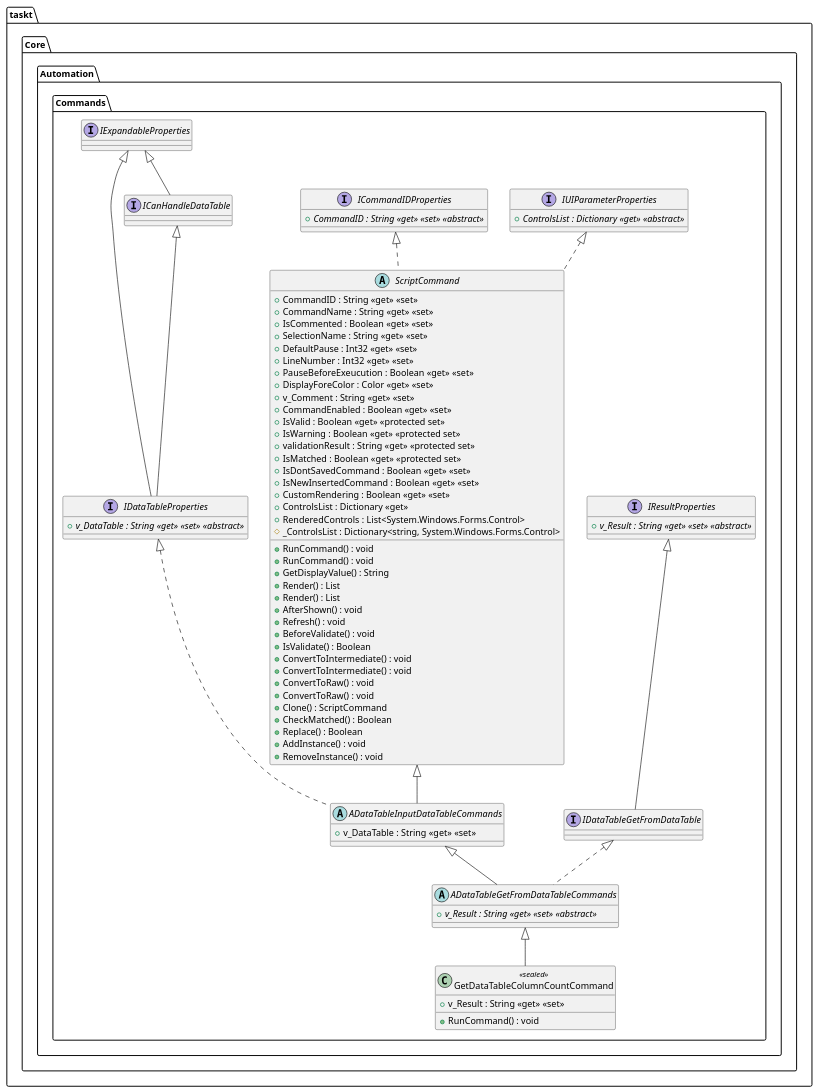
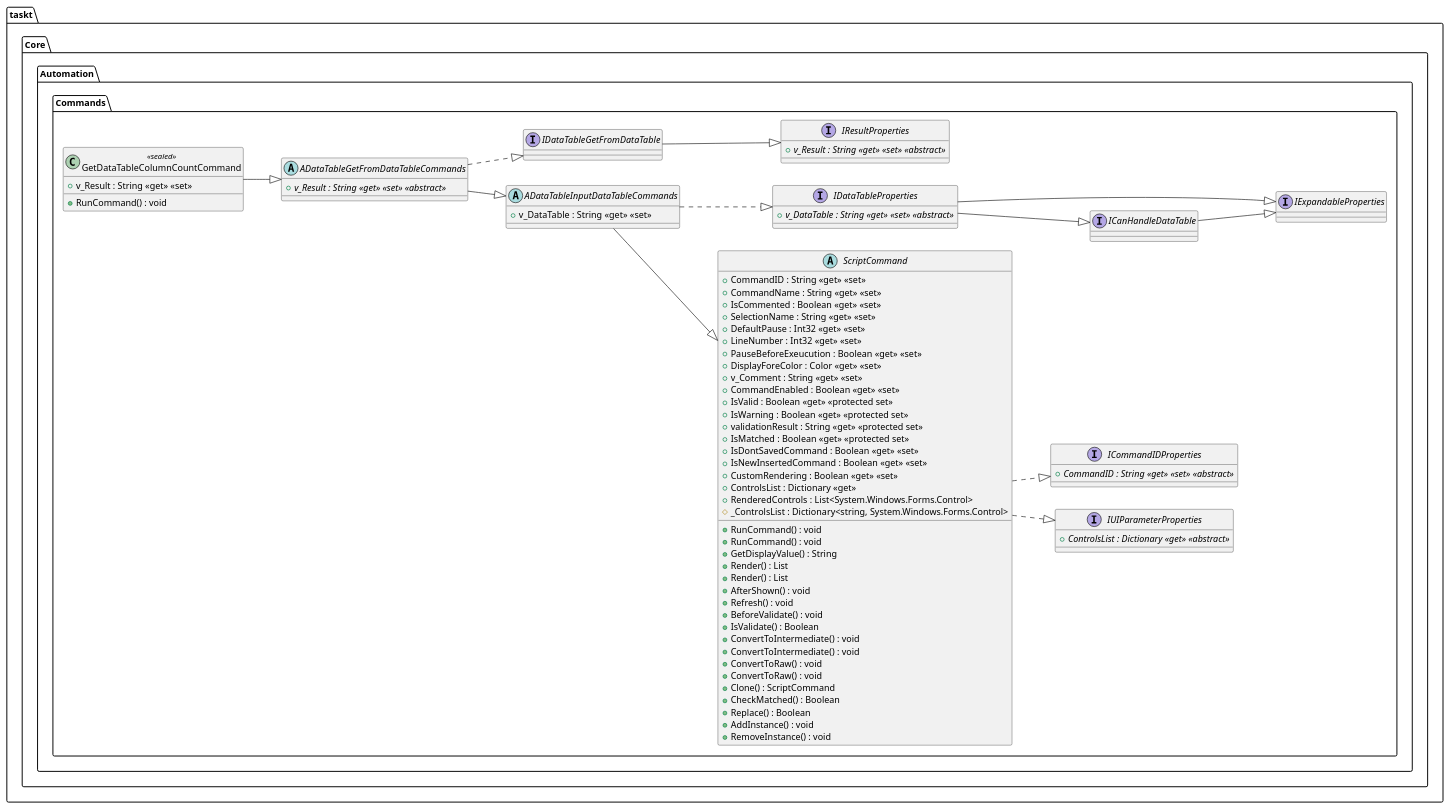
Before and after one commit to saucepleez/taskt: the diagram in taskt/Core/Automation/Commands/DataTableGroup/GetDataTableColumnCountCommand.puml, drawn with PlantUML. The commit also changed 1201 other files, not shown here.

```diff
--- a/taskt/Core/Automation/Commands/DataTableGroup/GetDataTableColumnCountCommand.puml
+++ b/taskt/Core/Automation/Commands/DataTableGroup/GetDataTableColumnCountCommand.puml
@@ -1,115 +1,115 @@
 @startuml
+left to right direction
 package "taskt.Core.Automation.Commands"{
 class "GetDataTableColumnCountCommand" <<sealed>> {
 +RunCommand() : void 
 +v_Result : String <<get>> <<set>> 
 }
 }
 
 package "taskt.Core.Automation.Commands"{
 abstract class "ADataTableGetFromDataTableCommands"{
 +{abstract} v_Result : String <<get>> <<set>> <<abstract>> 
 }
 }
 
 package "taskt.Core.Automation.Commands"{
 abstract class "ADataTableInputDataTableCommands"{
 +v_DataTable : String <<get>> <<set>> 
 }
 }
 
 package "taskt.Core.Automation.Commands"{
 Interface "IDataTableGetFromDataTable" {
 }
 }
 
 package "taskt.Core.Automation.Commands"{
 abstract class "ScriptCommand"{
 +RunCommand() : void 
 +RunCommand() : void 
 +GetDisplayValue() : String
 +Render() : List
 +Render() : List
 +AfterShown() : void 
 +Refresh() : void 
 +BeforeValidate() : void 
 +IsValidate() : Boolean
 +ConvertToIntermediate() : void 
 +ConvertToIntermediate() : void 
 +ConvertToRaw() : void 
 +ConvertToRaw() : void 
 +Clone() : ScriptCommand
 +CheckMatched() : Boolean
 +Replace() : Boolean
 +AddInstance() : void 
 +RemoveInstance() : void 
 +CommandID : String <<get>> <<set>> 
 +CommandName : String <<get>> <<set>> 
 +IsCommented : Boolean <<get>> <<set>> 
 +SelectionName : String <<get>> <<set>> 
 +DefaultPause : Int32 <<get>> <<set>> 
 +LineNumber : Int32 <<get>> <<set>> 
 +PauseBeforeExeucution : Boolean <<get>> <<set>> 
 +DisplayForeColor : Color <<get>> <<set>> 
 +v_Comment : String <<get>> <<set>> 
 +CommandEnabled : Boolean <<get>> <<set>> 
 +IsValid : Boolean <<get>> <<protected set>>
 +IsWarning : Boolean <<get>> <<protected set>>
 +validationResult : String <<get>> <<protected set>>
 +IsMatched : Boolean <<get>> <<protected set>>
 +IsDontSavedCommand : Boolean <<get>> <<set>> 
 +IsNewInsertedCommand : Boolean <<get>> <<set>> 
 +CustomRendering : Boolean <<get>> <<set>> 
 +ControlsList : Dictionary <<get>> 
 +RenderedControls : List<System.Windows.Forms.Control>
 #_ControlsList : Dictionary<string, System.Windows.Forms.Control>
 }
 }
 
 package "taskt.Core.Automation.Commands"{
 Interface "IDataTableProperties" {
 +{abstract} v_DataTable : String <<get>> <<set>> <<abstract>> 
 }
 }
 
 package "taskt.Core.Automation.Commands"{
 Interface "IResultProperties" {
 +{abstract} v_Result : String <<get>> <<set>> <<abstract>> 
 }
 }
 
 package "taskt.Core.Automation.Commands"{
 Interface "IUIParameterProperties" {
 +{abstract} ControlsList : Dictionary <<get>> <<abstract>> 
 }
 }
 
 package "taskt.Core.Automation.Commands"{
 Interface "ICommandIDProperties" {
 +{abstract} CommandID : String <<get>> <<set>> <<abstract>> 
 }
 }
 
 package "taskt.Core.Automation.Commands"{
 Interface "ICanHandleDataTable" {
 }
 }
 
 package "taskt.Core.Automation.Commands"{
 Interface "IExpandableProperties" {
 }
 }
 
-
-taskt.Core.Automation.Commands.ADataTableGetFromDataTableCommands <|-- taskt.Core.Automation.Commands.GetDataTableColumnCountCommand
-taskt.Core.Automation.Commands.ADataTableInputDataTableCommands <|-- taskt.Core.Automation.Commands.ADataTableGetFromDataTableCommands
-taskt.Core.Automation.Commands.IDataTableGetFromDataTable <|.. taskt.Core.Automation.Commands.ADataTableGetFromDataTableCommands
-taskt.Core.Automation.Commands.ScriptCommand <|-- taskt.Core.Automation.Commands.ADataTableInputDataTableCommands
-taskt.Core.Automation.Commands.IDataTableProperties <|.. taskt.Core.Automation.Commands.ADataTableInputDataTableCommands
-taskt.Core.Automation.Commands.IResultProperties <|-- taskt.Core.Automation.Commands.IDataTableGetFromDataTable
-taskt.Core.Automation.Commands.IUIParameterProperties <|.. taskt.Core.Automation.Commands.ScriptCommand
-taskt.Core.Automation.Commands.ICommandIDProperties <|.. taskt.Core.Automation.Commands.ScriptCommand
-taskt.Core.Automation.Commands.ICanHandleDataTable <|-- taskt.Core.Automation.Commands.IDataTableProperties
-taskt.Core.Automation.Commands.IExpandableProperties <|-- taskt.Core.Automation.Commands.IDataTableProperties
-taskt.Core.Automation.Commands.IExpandableProperties <|-- taskt.Core.Automation.Commands.ICanHandleDataTable
+taskt.Core.Automation.Commands.GetDataTableColumnCountCommand --|> taskt.Core.Automation.Commands.ADataTableGetFromDataTableCommands
+taskt.Core.Automation.Commands.ADataTableGetFromDataTableCommands --|> taskt.Core.Automation.Commands.ADataTableInputDataTableCommands
+taskt.Core.Automation.Commands.ADataTableGetFromDataTableCommands ..|> taskt.Core.Automation.Commands.IDataTableGetFromDataTable
+taskt.Core.Automation.Commands.ADataTableInputDataTableCommands --|> taskt.Core.Automation.Commands.ScriptCommand
+taskt.Core.Automation.Commands.ADataTableInputDataTableCommands ..|> taskt.Core.Automation.Commands.IDataTableProperties
+taskt.Core.Automation.Commands.IDataTableGetFromDataTable --|> taskt.Core.Automation.Commands.IResultProperties
+taskt.Core.Automation.Commands.ScriptCommand ..|> taskt.Core.Automation.Commands.IUIParameterProperties
+taskt.Core.Automation.Commands.ScriptCommand ..|> taskt.Core.Automation.Commands.ICommandIDProperties
+taskt.Core.Automation.Commands.IDataTableProperties --|> taskt.Core.Automation.Commands.ICanHandleDataTable
+taskt.Core.Automation.Commands.IDataTableProperties --|> taskt.Core.Automation.Commands.IExpandableProperties
+taskt.Core.Automation.Commands.ICanHandleDataTable --|> taskt.Core.Automation.Commands.IExpandableProperties
 @enduml
```
